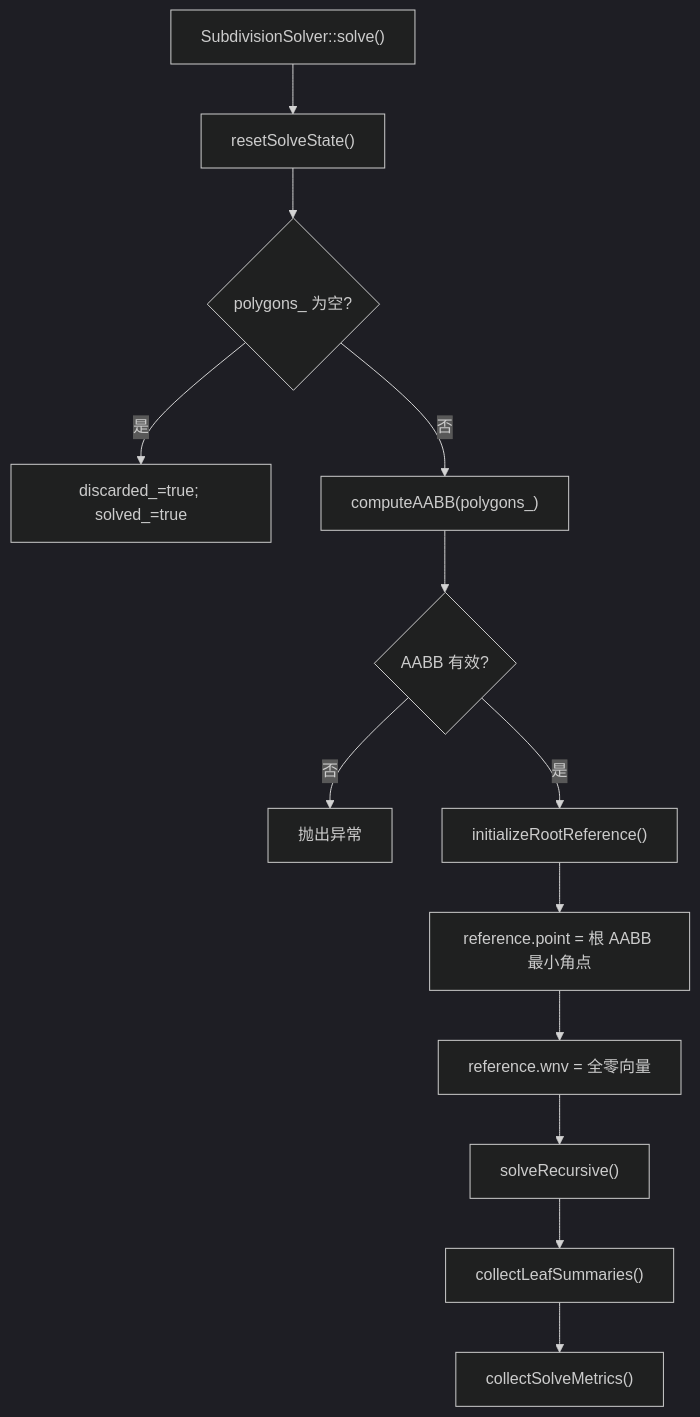
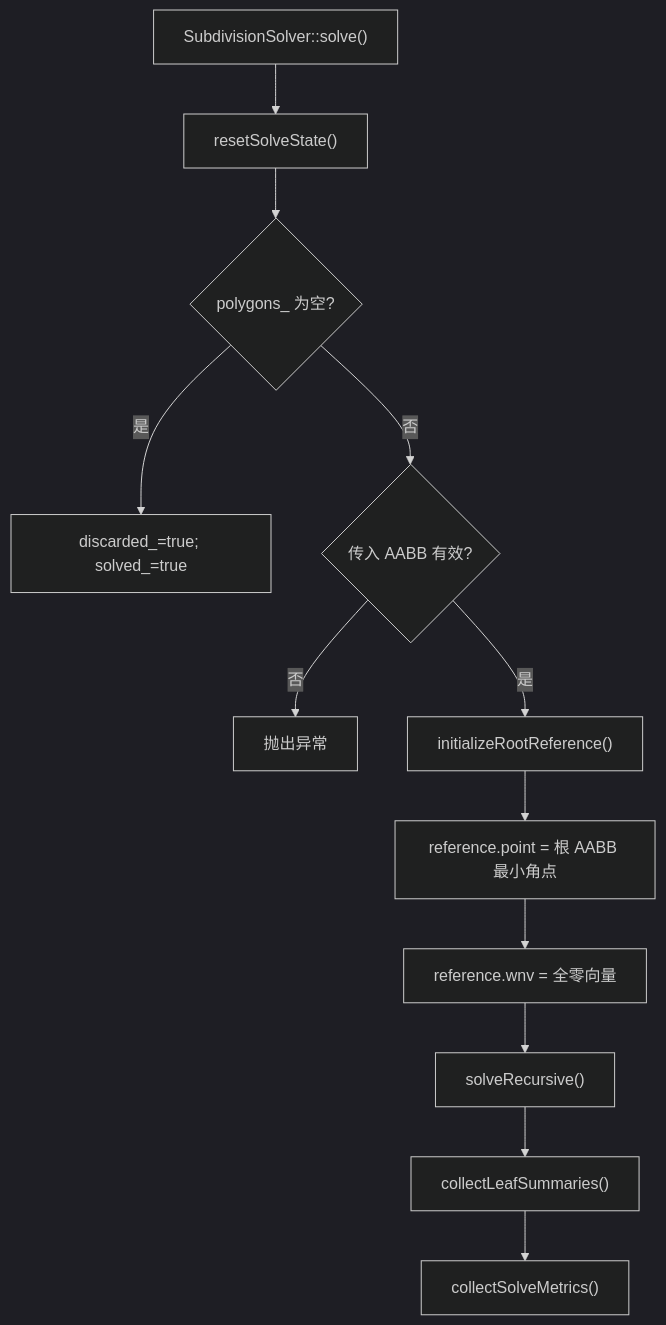
Before and after one commit to SDU-YueQiu/re-EMBER: the third of 11 diagrams in docs/core-logic-flow.md, drawn with Mermaid (dark theme). The commit also changed other lines of this file and 7 other files, not shown here.

````diff
--- a/docs/core-logic-flow.md
+++ b/docs/core-logic-flow.md
@@ -97,15 +100,14 @@
 ```mermaid
 flowchart TD
     A["SubdivisionSolver::solve()"] --> B["resetSolveState()"]
     B --> C{"polygons_ 为空?"}
     C -->|是| D["discarded_=true; solved_=true"]
-    C -->|否| E["computeAABB(polygons_)"]
-    E --> F{"AABB 有效?"}
-    F -->|否| G["抛出异常"]
-    F -->|是| H["initializeRootReference()"]
+    C -->|否| E{"传入 AABB 有效?"}
+    E -->|否| F["抛出异常"]
+    E -->|是| H["initializeRootReference()"]
     H --> I["reference.point = 根 AABB 最小角点"]
     I --> J["reference.wnv = 全零向量"]
     J --> K["solveRecursive()"]
     K --> L["collectLeafSummaries()"]
     L --> M["collectSolveMetrics()"]
 ```
````
